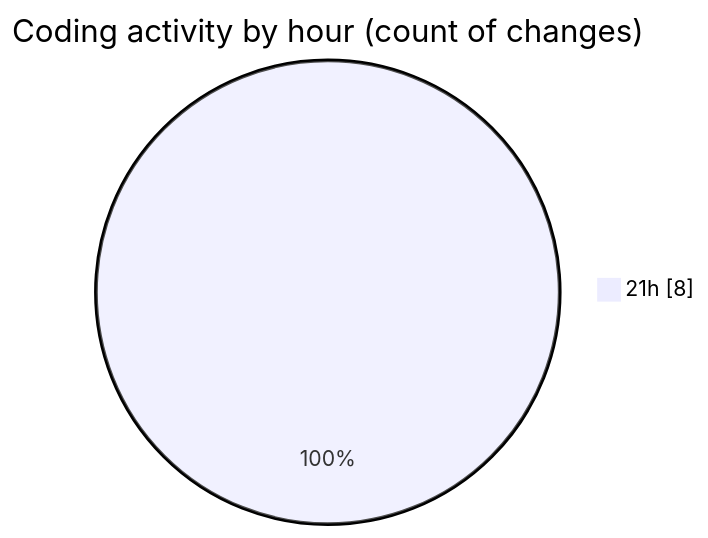
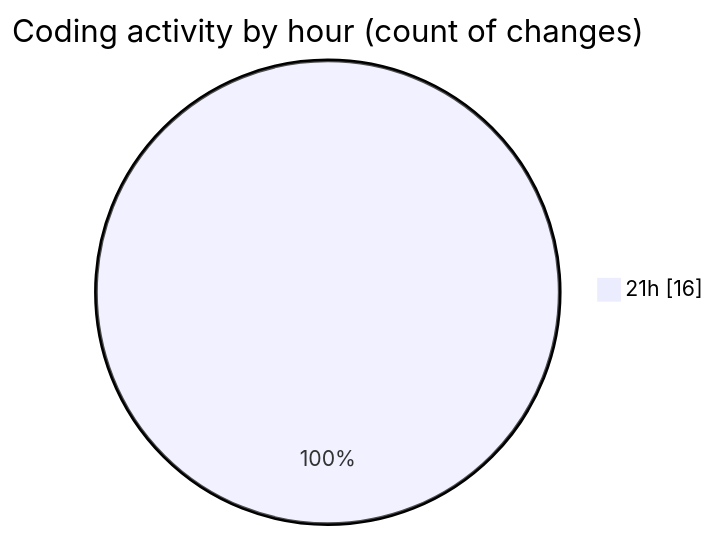
The second of 2 diagrams in 2025-08-06/fish/README.md (EIIisD/code-tracking), drawn with Mermaid before and after one commit. The commit also changed other lines of this file and 1 other file, not shown here.

````diff
--- a/2025-08-06/fish/README.md
+++ b/2025-08-06/fish/README.md
@@ -28,5 +30,5 @@
 ```mermaid
 pie showData
 title Coding activity by hour (count of changes)
-"21h" : 8
+"21h" : 16
 ```
````
